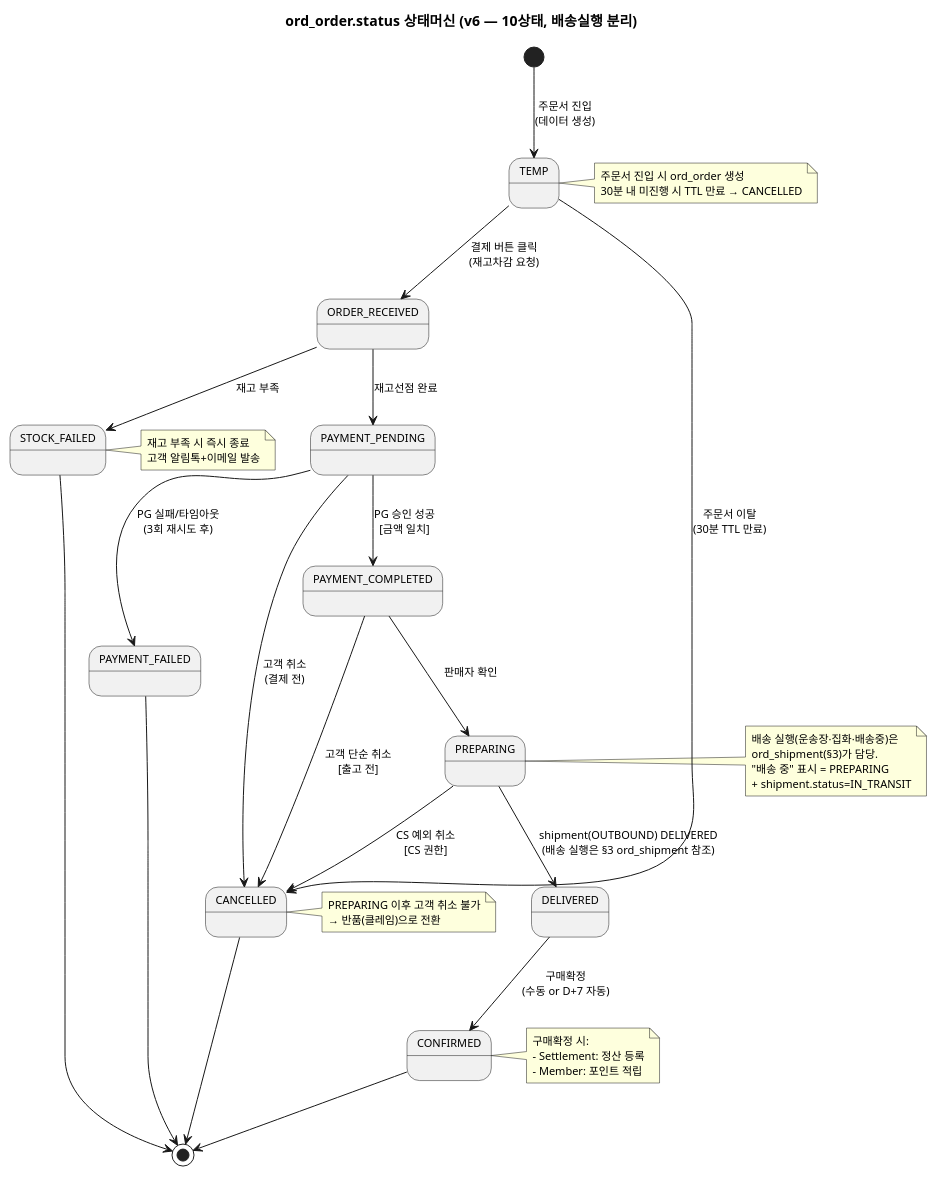
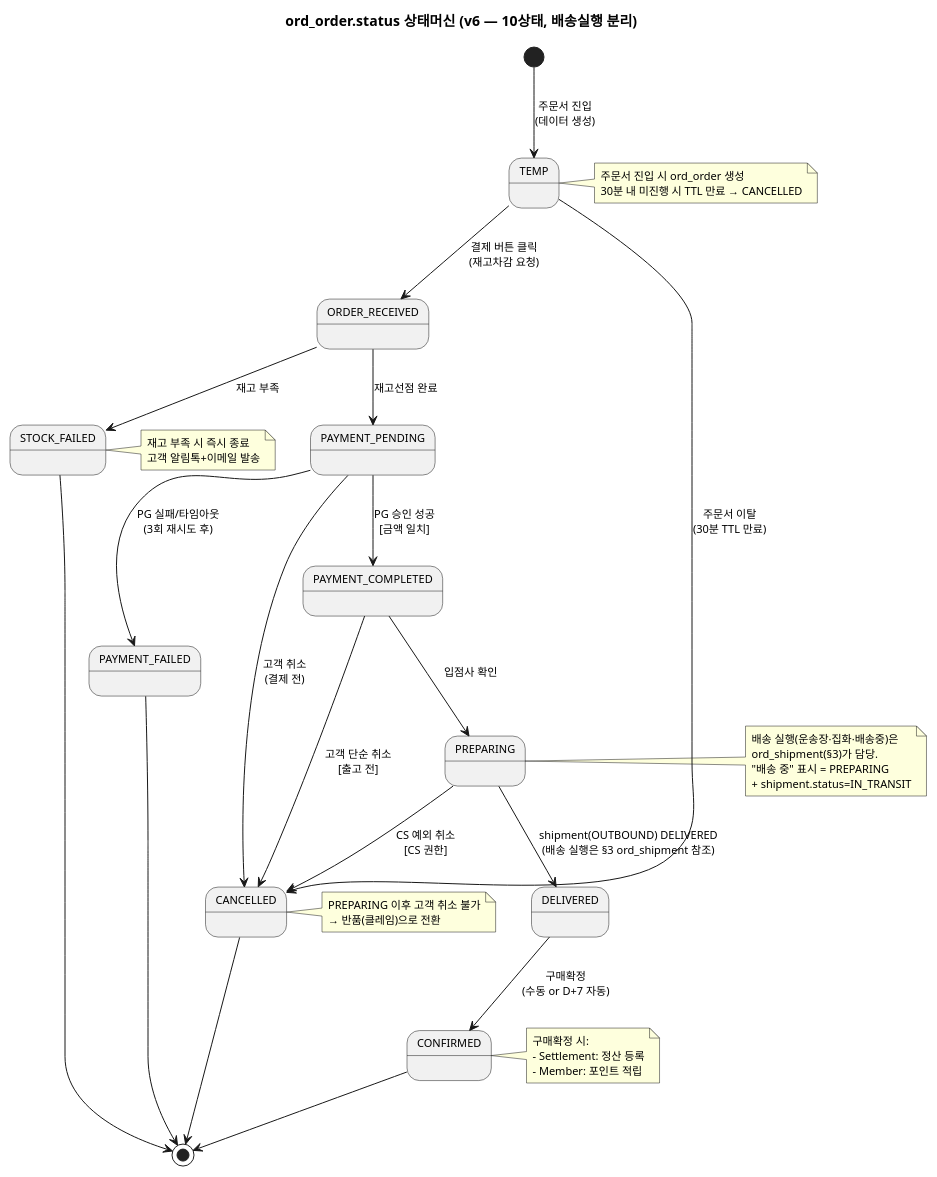
One commit to parknahyun/runNShop changed the first of 3 diagrams in docs/자산화-단계별/S2-구조설계/DG-상태머신(Order).md. Above: the diagram before and after it, drawn with PlantUML. The commit also changed other lines of this file and 39 other files, not shown here.

````diff
--- a/docs/자산화-단계별/S2-구조설계/DG-상태머신(Order).md
+++ b/docs/자산화-단계별/S2-구조설계/DG-상태머신(Order).md
@@ -41,61 +41,61 @@
 ```plantuml
 @startuml
 skinparam backgroundColor transparent
 skinparam defaultFontSize 11
 title ord_order.status 상태머신 (v6 — 10상태, 배송실행 분리)
 
 [*] --> TEMP : 주문서 진입\n(데이터 생성)
 
 TEMP --> ORDER_RECEIVED : 결제 버튼 클릭\n(재고차감 요청)
 TEMP --> CANCELLED : 주문서 이탈\n(30분 TTL 만료)
 
 ORDER_RECEIVED --> PAYMENT_PENDING : 재고선점 완료
 ORDER_RECEIVED --> STOCK_FAILED : 재고 부족
 
 PAYMENT_PENDING --> PAYMENT_COMPLETED : PG 승인 성공\n[금액 일치]
 PAYMENT_PENDING --> PAYMENT_FAILED : PG 실패/타임아웃\n(3회 재시도 후)
 PAYMENT_PENDING --> CANCELLED : 고객 취소\n(결제 전)
 
-PAYMENT_COMPLETED --> PREPARING : 판매자 확인
+PAYMENT_COMPLETED --> PREPARING : 입점사 확인
 PAYMENT_COMPLETED --> CANCELLED : 고객 단순 취소\n[출고 전]
 
 PREPARING --> DELIVERED : shipment(OUTBOUND) DELIVERED\n(배송 실행은 §3 ord_shipment 참조)
 PREPARING --> CANCELLED : CS 예외 취소\n[CS 권한]
 
 DELIVERED --> CONFIRMED : 구매확정\n(수동 or D+7 자동)
 
 CONFIRMED --> [*]
 CANCELLED --> [*]
 PAYMENT_FAILED --> [*]
 STOCK_FAILED --> [*]
 
 note right of TEMP
   주문서 진입 시 ord_order 생성
   30분 내 미진행 시 TTL 만료 → CANCELLED
 end note
 
 note right of STOCK_FAILED
   재고 부족 시 즉시 종료
   고객 알림톡+이메일 발송
 end note
 
 note right of PREPARING
   배송 실행(운송장·집화·배송중)은
   ord_shipment(§3)가 담당.
   "배송 중" 표시 = PREPARING
   + shipment.status=IN_TRANSIT
 end note
 
 note right of CANCELLED
   PREPARING 이후 고객 취소 불가
   → 반품(클레임)으로 전환
 end note
 
 note right of CONFIRMED
   구매확정 시:
   - Settlement: 정산 등록
   - Member: 포인트 적립
 end note
 
 @enduml
 ```
````
